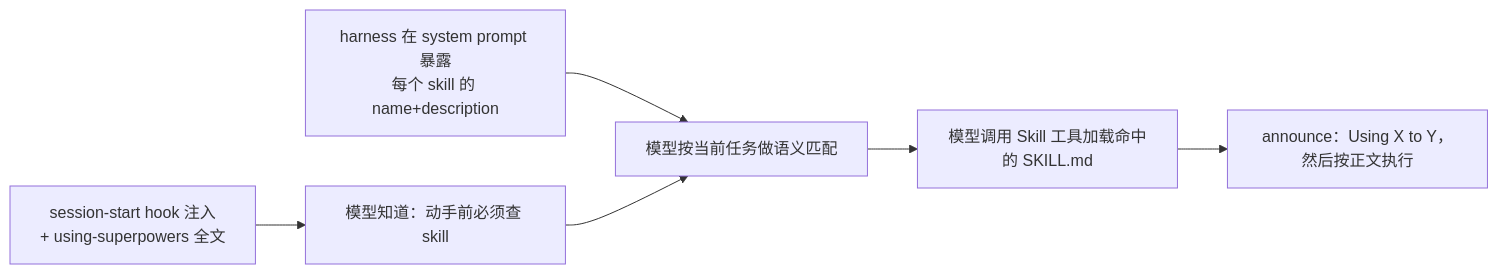
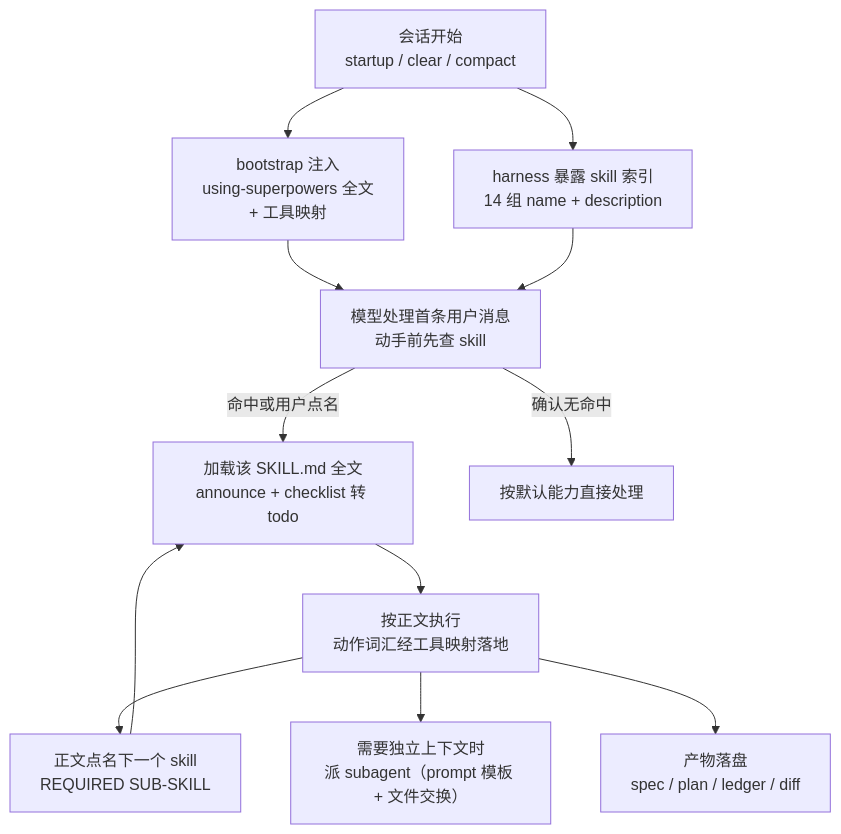
The second of 4 diagrams in docs-learn/superpowers-learn.md (NicholasZXT/superpowers), drawn with Mermaid before and after one commit. The commit also changed other lines of this file, not shown here.

````diff
--- a/docs-learn/superpowers-learn.md
+++ b/docs-learn/superpowers-learn.md
@@ -251,8 +258,14 @@
 ```mermaid
-flowchart LR
-    A["session-start hook 注入<br/><EXTREMELY_IMPORTANT> + using-superpowers 全文"] --> B["模型知道：动手前必须查 skill"]
-    C["harness 在 system prompt 暴露<br/>每个 skill 的 name+description"] --> D["模型按当前任务做语义匹配"]
-    B --> D
-    D --> E["模型调用 Skill 工具加载命中的 SKILL.md"]
-    E --> F["announce：Using X to Y，然后按正文执行"]
+flowchart TB
+    A["会话开始<br/>startup / clear / compact"] --> B["bootstrap 注入<br/>using-superpowers 全文<br/>+ 工具映射"]
+    A --> C["harness 暴露 skill 索引<br/>14 组 name + description"]
+    B --> D["模型处理首条用户消息<br/>动手前先查 skill"]
+    C --> D
+    D -->|命中或用户点名| E["加载该 SKILL.md 全文<br/>announce + checklist 转 todo"]
+    D -->|确认无命中| Z["按默认能力直接处理"]
+    E --> F["按正文执行<br/>动作词汇经工具映射落地"]
+    F --> G["正文点名下一个 skill<br/>REQUIRED SUB-SKILL"]
+    G --> E
+    F --> H["需要独立上下文时<br/>派 subagent（prompt 模板 + 文件交换）"]
+    F --> I["产物落盘<br/>spec / plan / ledger / diff"]
 ```
````
